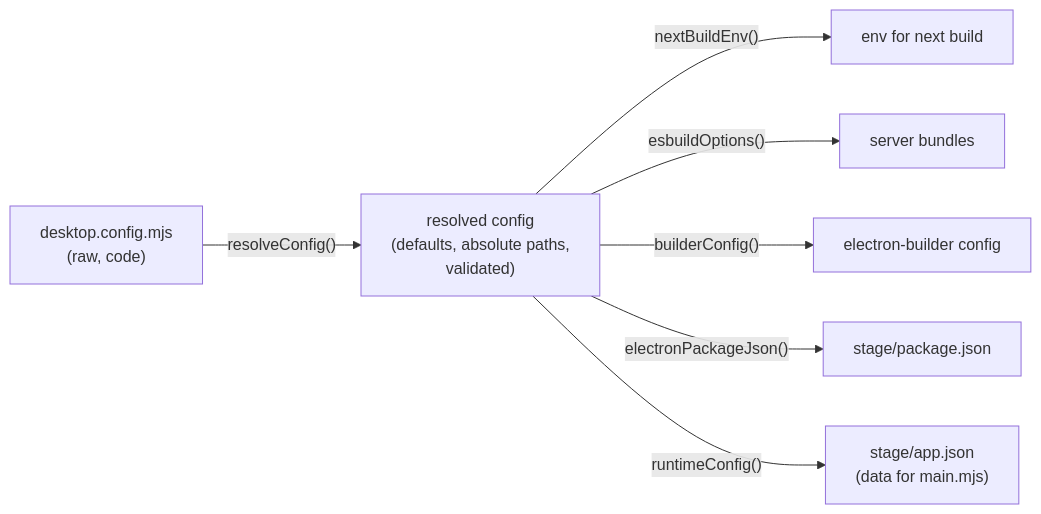
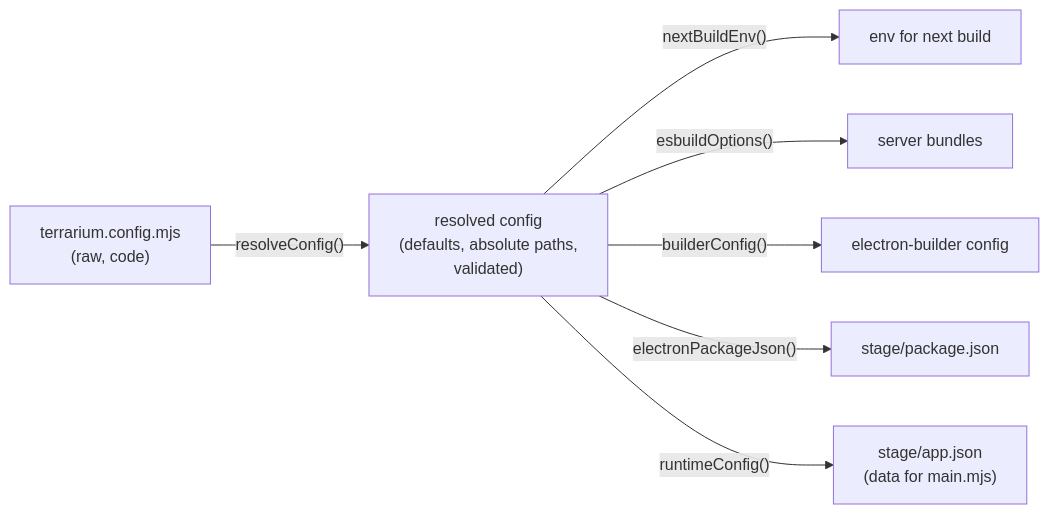
One commit to stevez/next-desktop changed the second of 5 diagrams in docs/architecture.md. Above: the diagram before and after it, drawn with Mermaid. The commit also changed other lines of this file and 17 other files, not shown here.

````diff
--- a/docs/architecture.md
+++ b/docs/architecture.md
@@ -71,9 +73,9 @@
 ```mermaid
 flowchart LR
-  A["desktop.config.mjs<br/>(raw, code)"] -- "resolveConfig()" --> B["resolved config<br/>(defaults, absolute paths,<br/>validated)"]
+  A["terrarium.config.mjs<br/>(raw, code)"] -- "resolveConfig()" --> B["resolved config<br/>(defaults, absolute paths,<br/>validated)"]
   B -- "nextBuildEnv()" --> C["env for next build"]
   B -- "esbuildOptions()" --> D["server bundles"]
   B -- "builderConfig()" --> E["electron-builder config"]
   B -- "electronPackageJson()" --> F["stage/package.json"]
   B -- "runtimeConfig()" --> G["stage/app.json<br/>(data for main.mjs)"]
 ```
````
